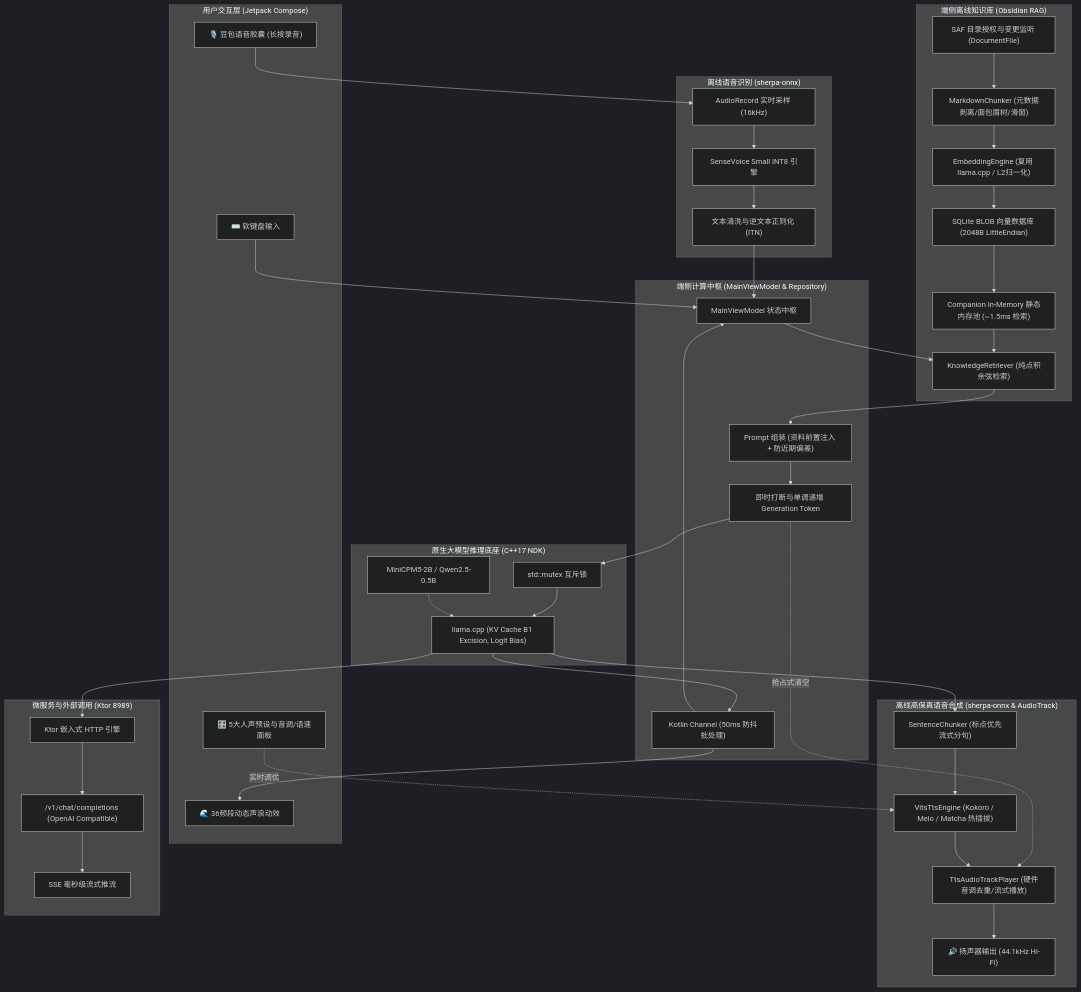
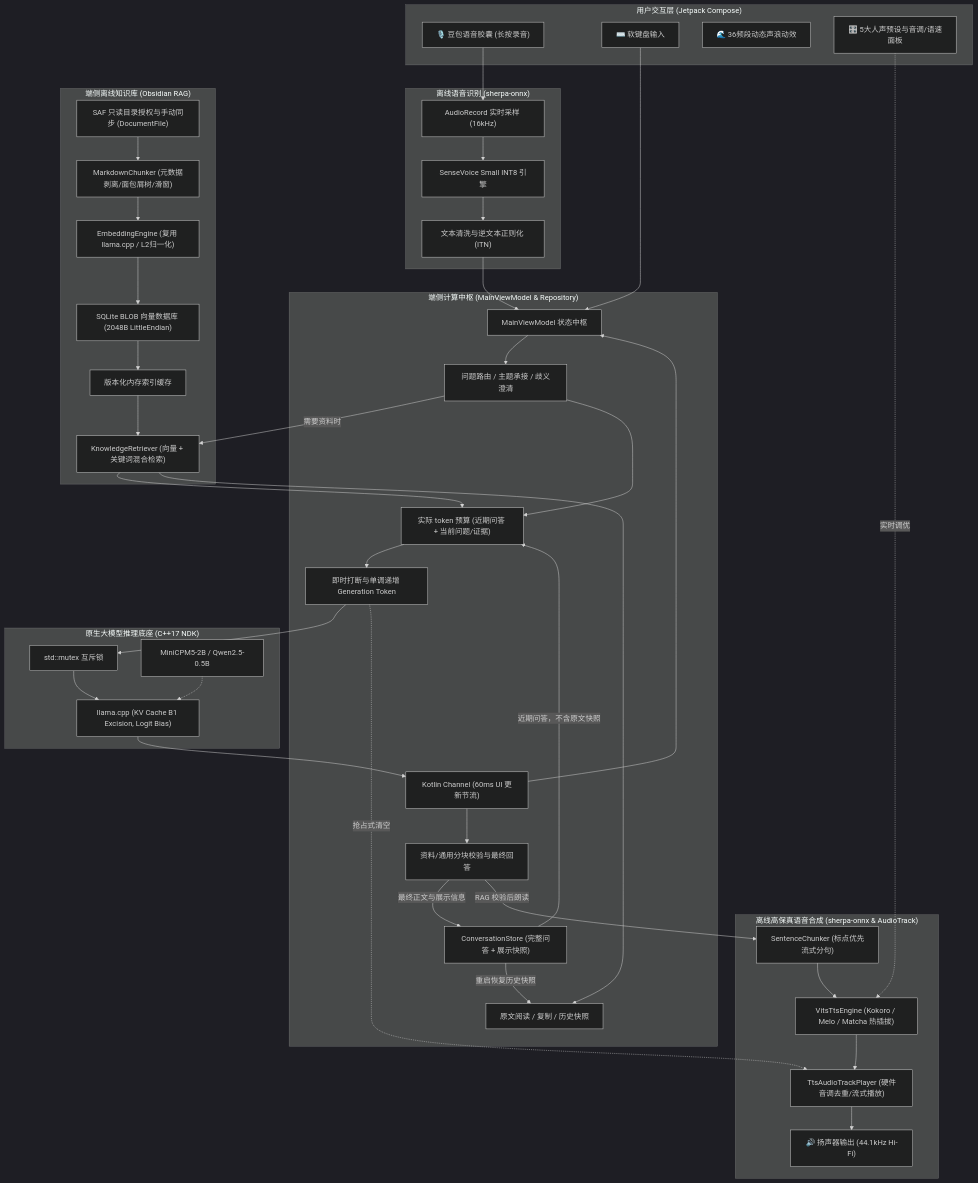
One commit to wuxinxi/sense-assistant changed the diagram in README.md. Above: the diagram before and after it, drawn with Mermaid (dark theme). The commit also changed other lines of this file, not shown here.

````diff
--- a/README.md
+++ b/README.md
@@ -79,63 +77,67 @@
 ```mermaid
 flowchart TD
     subgraph Input["用户交互层 (Jetpack Compose)"]
         UI_Voice["🎙️ 豆包语音胶囊 (长按录音)"]
         UI_Text["⌨️ 软键盘输入"]
         UI_Wave["🌊 36频段动态声浪动效"]
         UI_Tuning["🎛️ 5大人声预设与音调/语速面板"]
     end
 
     subgraph ASR["离线语音识别 (sherpa-onnx)"]
         ASR_Record["AudioRecord 实时采样 (16kHz)"]
         ASR_Engine["SenseVoice Small INT8 引擎"]
         ASR_Result["文本清洗与逆文本正则化 (ITN)"]
     end
 
     subgraph RAG["端侧离线知识库 (Obsidian RAG)"]
-        SAF["SAF 目录授权与变更监听 (DocumentFile)"]
+        SAF["SAF 只读目录授权与手动同步 (DocumentFile)"]
         Chunker_RAG["MarkdownChunker (元数据剥离/面包屑树/滑窗)"]
         Embed["EmbeddingEngine (复用 llama.cpp / L2归一化)"]
         DB["SQLite BLOB 向量数据库 (2048B LittleEndian)"]
-        Cache["Companion In-Memory 静态内存池 (~1.5ms 检索)"]
-        Retriever["KnowledgeRetriever (纯点积余弦检索)"]
+        Cache["版本化内存索引缓存"]
+        Retriever["KnowledgeRetriever (向量 + 关键词混合检索)"]
     end
 
     subgraph Core["端侧计算中枢 (MainViewModel & Repository)"]
         VM["MainViewModel 状态中枢"]
-        Prompt["Prompt 组装 (资料前置注入 + 防近期偏差)"]
+        Route["问题路由 / 主题承接 / 歧义澄清"]
+        History["ConversationStore (完整问答 + 展示快照)"]
+        Prompt["实际 token 预算 (近期问答 + 当前问题/证据)"]
+        Validate["资料/通用分块校验与最终回答"]
+        SourceUI["原文阅读 / 复制 / 历史快照"]
         Interrupt["即时打断与单调递增 Generation Token"]
-        Channel["Kotlin Channel<String> (50ms 防抖批处理)"]
+        Channel["Kotlin Channel<String> (60ms UI 更新节流)"]
     end
 
     subgraph Native["原生大模型推理底座 (C++17 NDK)"]
         Mutex["std::mutex 互斥锁"]
         Llama["llama.cpp (KV Cache B1 Excision, Logit Bias)"]
         Qwen["MiniCPM5-2B / Qwen2.5-0.5B"]
     end
 
     subgraph TTS["离线高保真语音合成 (sherpa-onnx & AudioTrack)"]
         Chunker["SentenceChunker (标点优先流式分句)"]
         VitsEngine["VitsTtsEngine (Kokoro / Melo / Matcha 热插拔)"]
         TrackPlayer["TtsAudioTrackPlayer (硬件音调去重/流式播放)"]
         Speaker["🔊 扬声器输出 (44.1kHz Hi-Fi)"]
     end
 
-    subgraph Service["微服务与外部调用 (Ktor 8989)"]
-        Ktor["Ktor 嵌入式 HTTP 引擎"]
-        OpenAI["/v1/chat/completions (OpenAI Compatible)"]
-        SSE["SSE 毫秒级流式推流"]
-    end
-
     UI_Voice --> ASR_Record --> ASR_Engine --> ASR_Result --> VM
     UI_Text --> VM
     SAF --> Chunker_RAG --> Embed --> DB --> Cache --> Retriever
-    VM --> Retriever
+    VM --> Route
+    Route -->|需要资料时| Retriever
+    Route --> Prompt
+    History -->|近期问答，不含原文快照| Prompt
     Retriever --> Prompt
     Prompt --> Interrupt --> Mutex --> Llama
     UI_Tuning -. 实时调优 .-> VitsEngine
     Interrupt -. 抢占式清空 .-> TrackPlayer
     Qwen -.-> Llama
-    Llama --> Channel --> UI_Wave & VM
-    Llama --> Chunker --> VitsEngine --> TrackPlayer --> Speaker
-    Llama --> Ktor --> OpenAI --> SSE
+    Llama --> Channel --> VM
+    Channel --> Validate
+    Validate -->|最终正文与展示信息| History
+    Retriever --> SourceUI
+    History -->|重启恢复历史快照| SourceUI
+    Validate -->|RAG 校验后朗读| Chunker --> VitsEngine --> TrackPlayer --> Speaker
 ```
````
